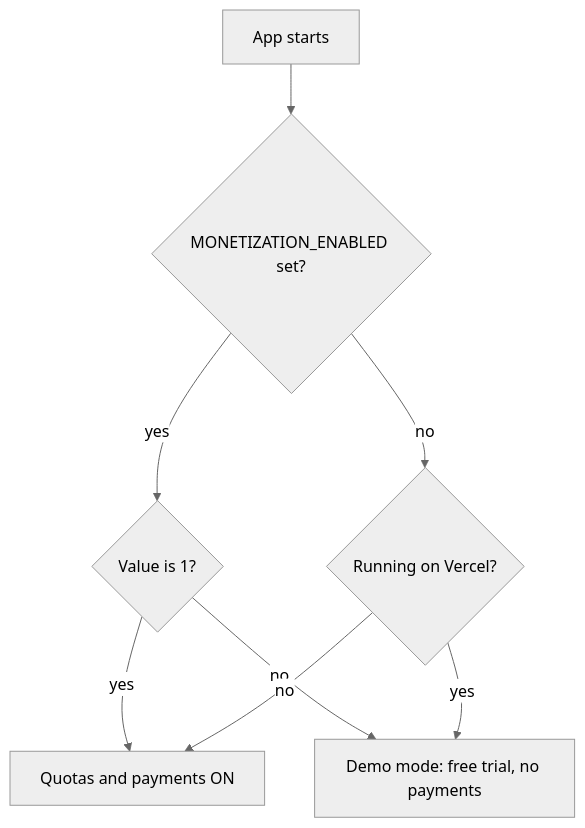
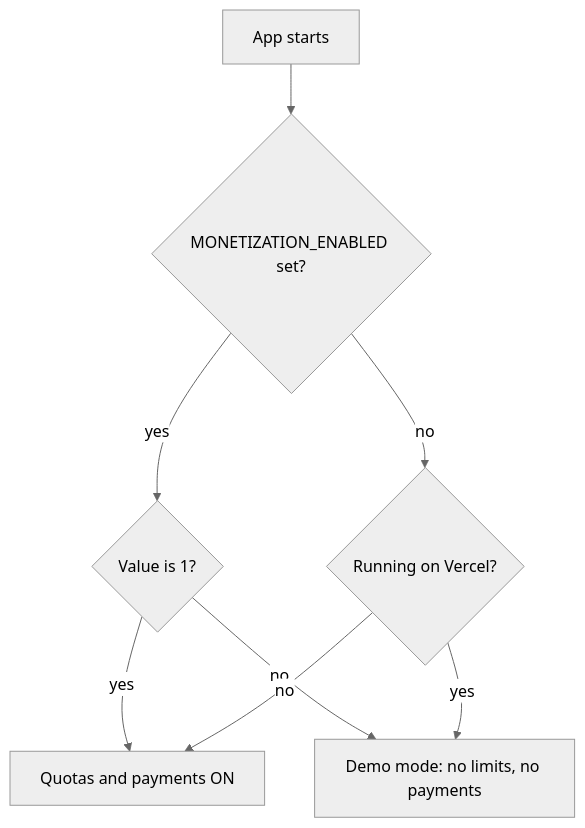
One commit to shivansh07adi-cloud/Emotion-Detector-AI----From-scratch changed the eighth of 11 diagrams in README.md. Above: the diagram before and after it, drawn with Mermaid (neutral theme). The commit also changed other lines of this file, not shown here.

````diff
--- a/README.md
+++ b/README.md
@@ -492,10 +492,10 @@
 ```mermaid
 flowchart TD
     A["App starts"] --> B{"MONETIZATION_ENABLED set?"}
     B -- "yes" --> C{"Value is 1?"}
     C -- "yes" --> ON["Quotas and payments ON"]
-    C -- "no" --> OFF["Demo mode: free trial, no payments"]
+    C -- "no" --> OFF["Demo mode: no limits, no payments"]
     B -- "no" --> D{"Running on Vercel?"}
     D -- "yes" --> OFF
     D -- "no" --> ON
 ```
````
